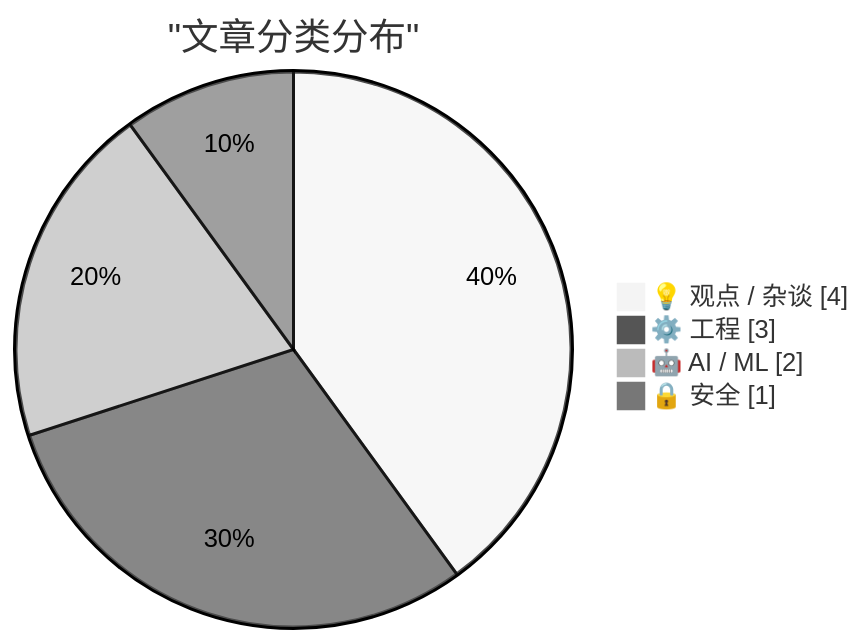
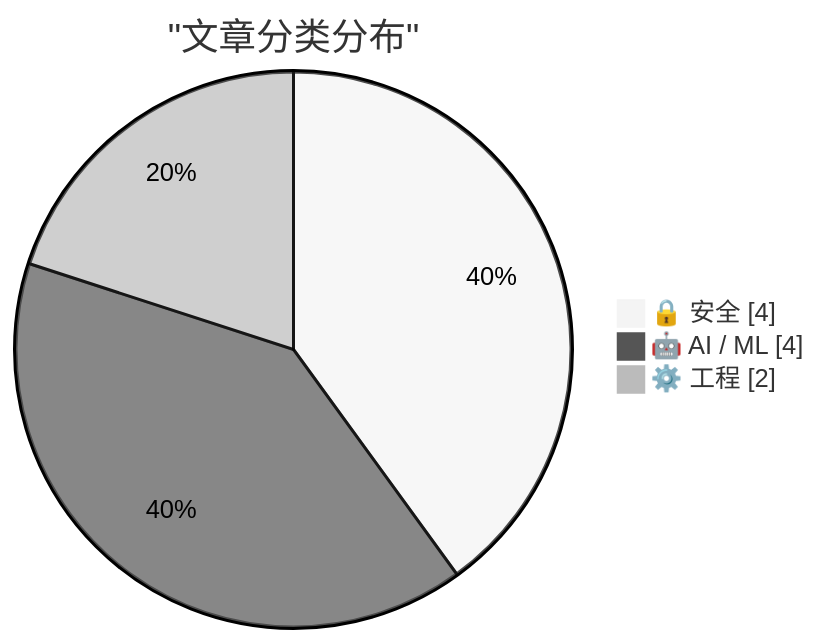
One commit to originem0/SZBlog changed the first of 2 diagrams in content/ai-daily/2026-03-21.md. Above: the diagram before and after it, drawn with Mermaid (neutral theme). The commit also changed other lines of this file, not shown here.

````diff
--- a/content/ai-daily/2026-03-21.md
+++ b/content/ai-daily/2026-03-21.md
@@ -60,8 +57,7 @@
 ```mermaid
 pie showData
     title "文章分类分布"
-    "💡 观点 / 杂谈" : 4
-    "⚙️ 工程" : 3
-    "🤖 AI / ML" : 2
-    "🔒 安全" : 1
+    "🔒 安全" : 4
+    "🤖 AI / ML" : 4
+    "⚙️ 工程" : 2
 ```
````
